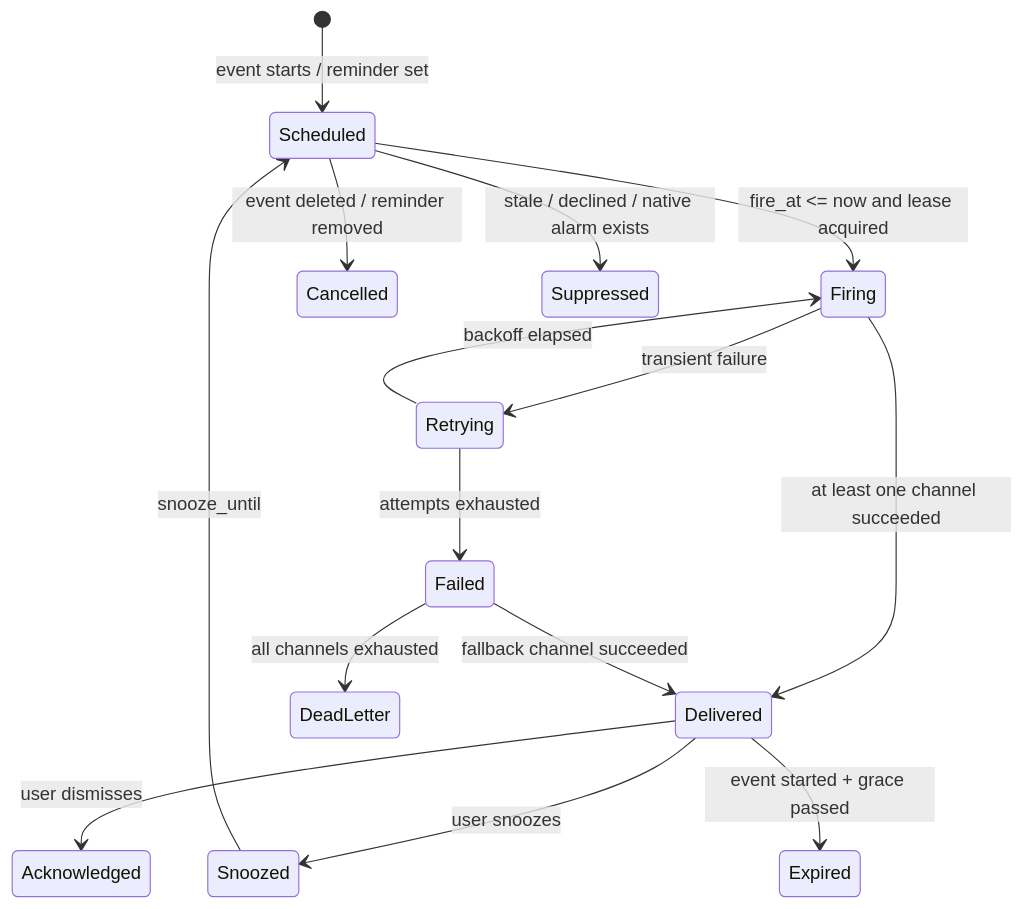
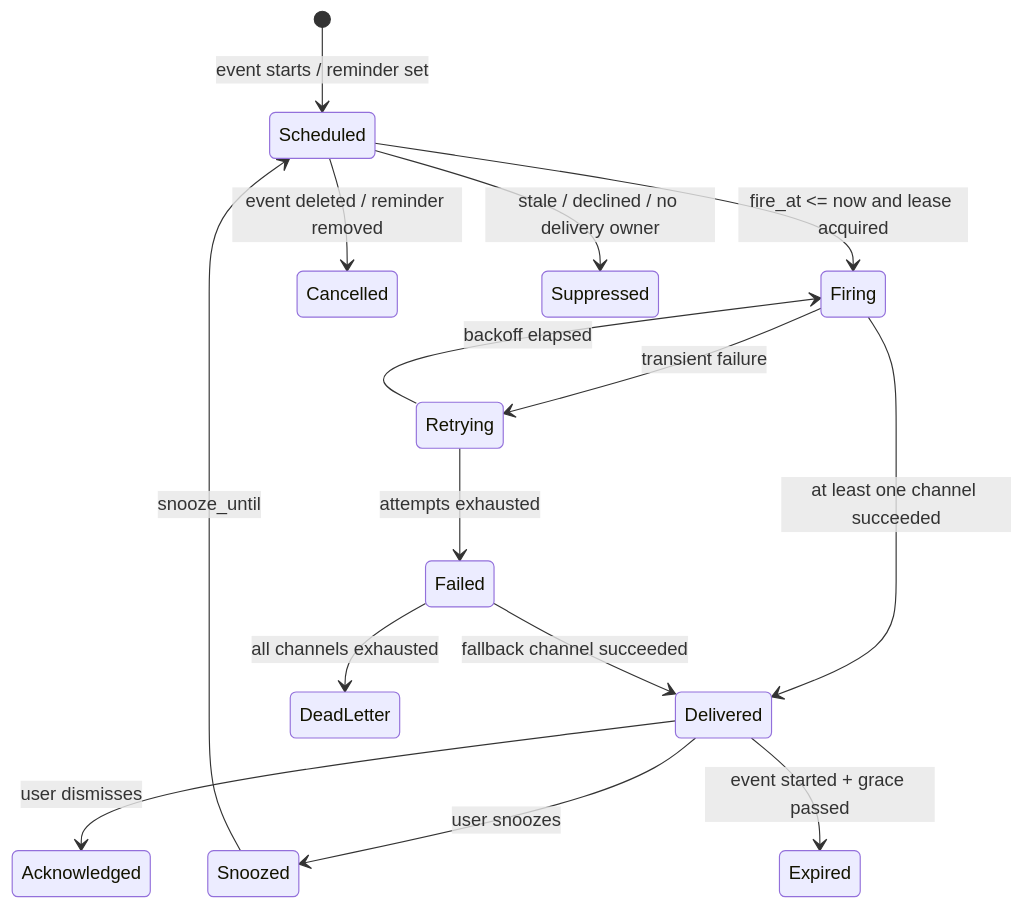
Before and after one commit to kozelkevinr-create/hermes-calendar: the second of 3 diagrams in docs/design/app-notifications.md, drawn with Mermaid. The commit also changed other lines of this file, not shown here.

````diff
--- a/docs/design/app-notifications.md
+++ b/docs/design/app-notifications.md
@@ -498,17 +641,17 @@
 ```mermaid
 stateDiagram-v2
   [*] --> Scheduled: event starts / reminder set
   Scheduled --> Firing: fire_at <= now and lease acquired
   Scheduled --> Cancelled: event deleted / reminder removed
-  Scheduled --> Suppressed: stale / declined / native alarm exists
+  Scheduled --> Suppressed: stale / declined / no delivery owner
   Firing --> Delivered: at least one channel succeeded
   Firing --> Retrying: transient failure
   Retrying --> Firing: backoff elapsed
   Retrying --> Failed: attempts exhausted
   Delivered --> Snoozed: user snoozes
   Snoozed --> Scheduled: snooze_until
   Delivered --> Acknowledged: user dismisses
   Delivered --> Expired: event started + grace passed
   Failed --> Delivered: fallback channel succeeded
   Failed --> DeadLetter: all channels exhausted
 ```
````
